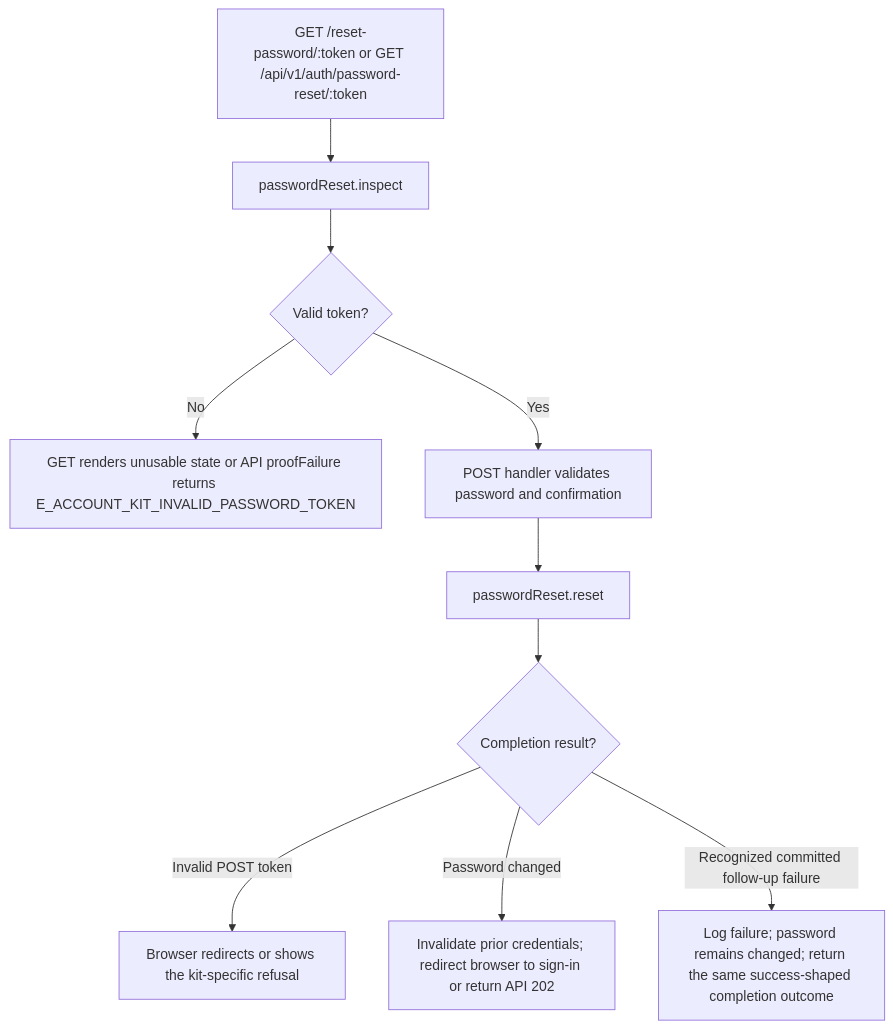
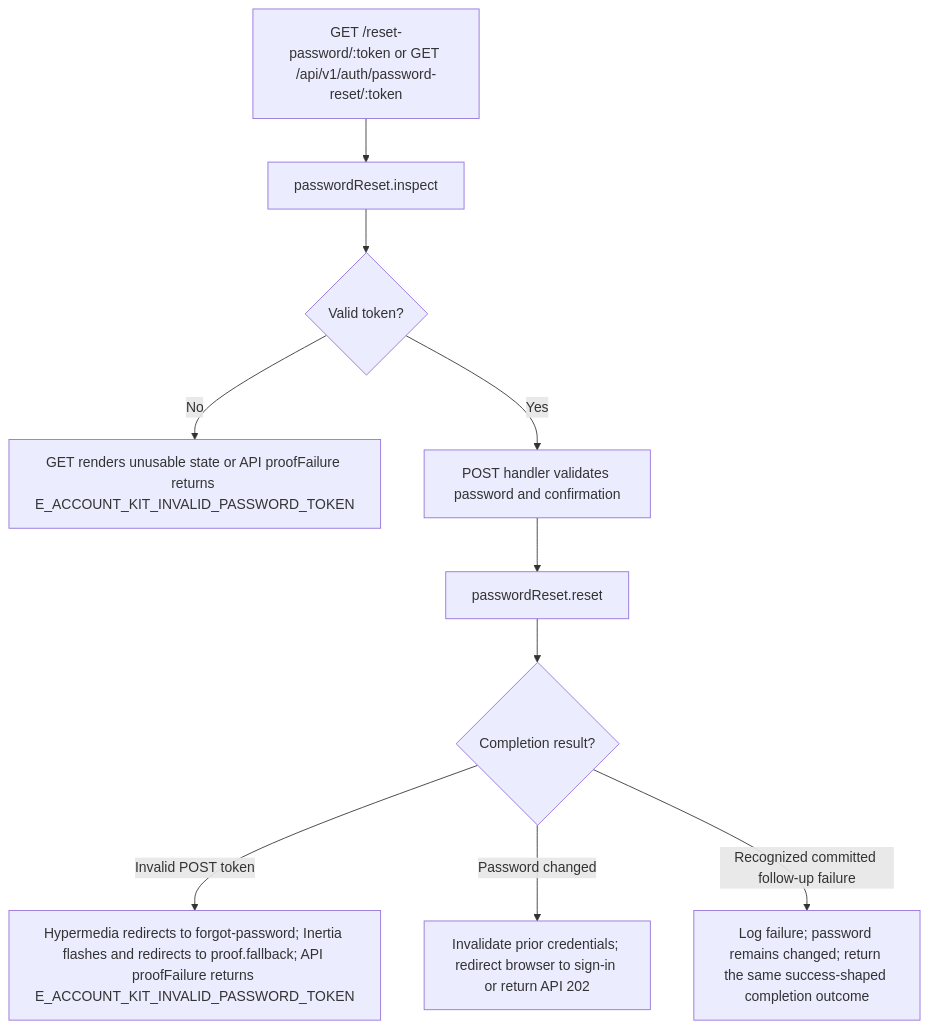
Before and after one commit to Kevinjohn/oss-adonisjs-starter-examples: the second of 2 diagrams in user-stories/accounts/us-account-09-complete-password-reset.md, drawn with Mermaid. The commit also changed other lines of this file and 22 other files, not shown here.

````diff
--- a/user-stories/accounts/us-account-09-complete-password-reset.md
+++ b/user-stories/accounts/us-account-09-complete-password-reset.md
@@ -46,12 +48,12 @@
 ```mermaid
 flowchart TD
     A["GET /reset-password/:token or GET /api/v1/auth/password-reset/:token"] --> B["passwordReset.inspect"]
     B --> C{"Valid token?"}
     C -->|No| D["GET renders unusable state or API proofFailure returns E_ACCOUNT_KIT_INVALID_PASSWORD_TOKEN"]
     C -->|Yes| E["POST handler validates password and confirmation"]
     E --> F["passwordReset.reset"]
     F --> G{"Completion result?"}
-    G -->|Invalid POST token| J["Browser redirects or shows the kit-specific refusal"]
+    G -->|Invalid POST token| J["Hypermedia redirects to forgot-password; Inertia flashes and redirects to proof.fallback; API proofFailure returns E_ACCOUNT_KIT_INVALID_PASSWORD_TOKEN"]
     G -->|Password changed| H["Invalidate prior credentials; redirect browser to sign-in or return API 202"]
     G -->|Recognized committed follow-up failure| I["Log failure; password remains changed; return the same success-shaped completion outcome"]
 ```
````
